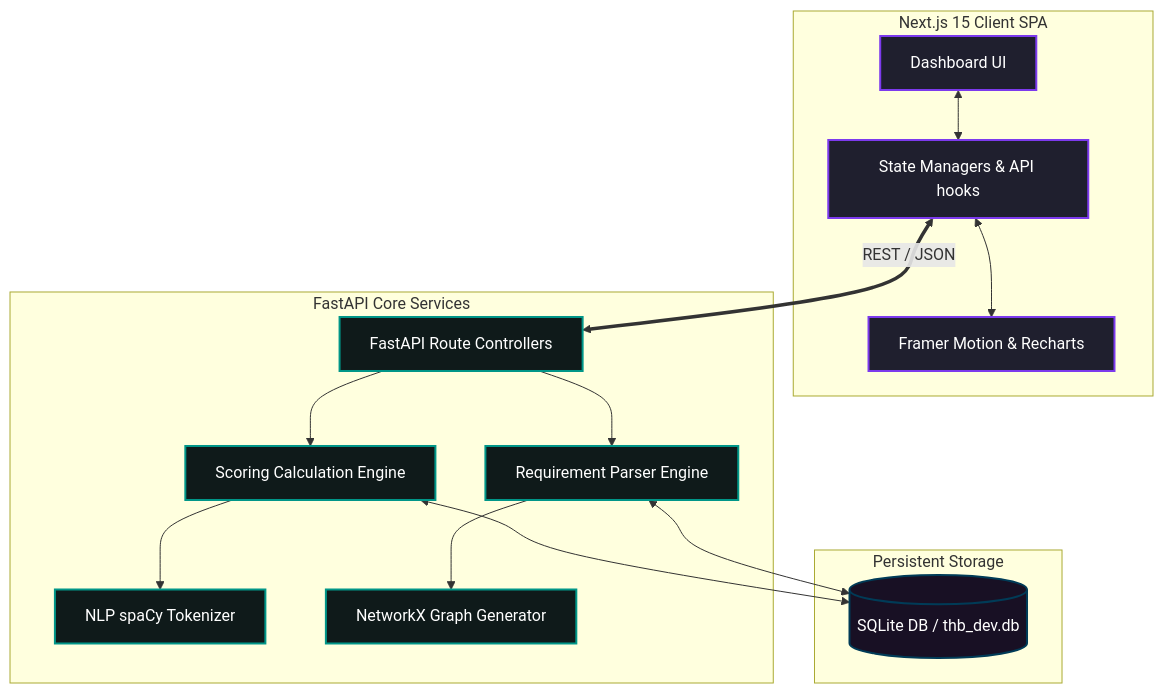
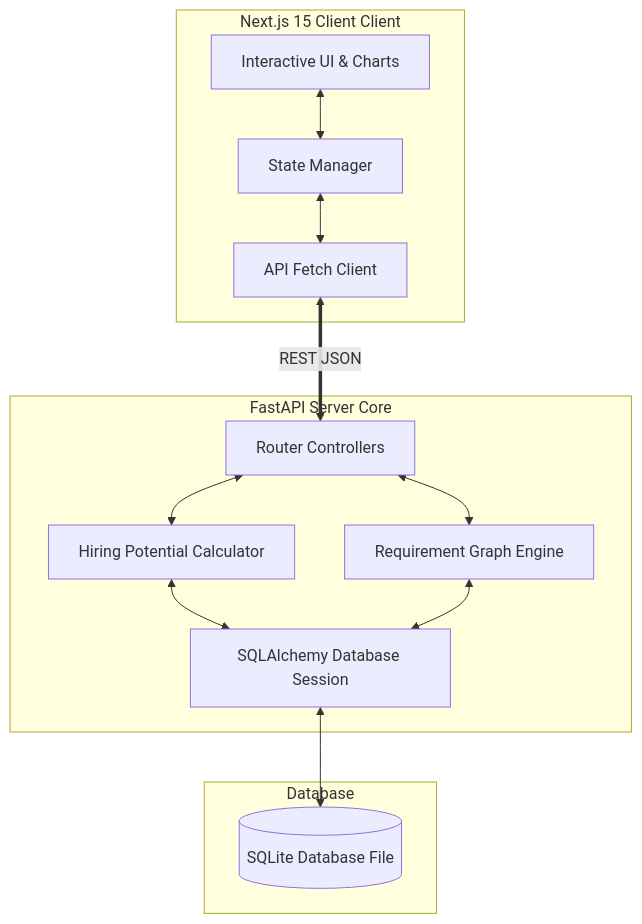
One commit to Gurleen12star/THB_TrustHireBrain changed the diagram in README.md. Above: the diagram before and after it, drawn with Mermaid. The commit also changed other lines of this file, not shown here.

Commit message:
docs: finalize startup-grade README.md with detailed problem, solution, architecture, and engineering decision matrices

````diff
--- a/README.md
+++ b/README.md
@@ -37,32 +110,28 @@
 ```mermaid
 graph TD
-    %% Frontend Layer
-    subgraph Frontend [Next.js 15 Client SPA]
-        A[Dashboard UI] <--> B[State Managers & API hooks]
-        B <--> C[Framer Motion & Recharts]
+    subgraph Frontend [Next.js 15 Client Client]
+        UI[Interactive UI & Charts]
+        State[State Manager]
+        Fetch[API Fetch Client]
     end
 
-    %% Network Boundary
-    B <== REST / JSON ==> D[FastAPI Route Controllers]
-
-    %% Backend Layer
-    subgraph Backend [FastAPI Core Services]
-        D --> E[Scoring Calculation Engine]
-        D --> F[Requirement Parser Engine]
-        E --> G[NLP spaCy Tokenizer]
-        F --> H[NetworkX Graph Generator]
+    subgraph Backend [FastAPI Server Core]
+        API[Router Controllers]
+        Scoring[Hiring Potential Calculator]
+        Graph[Requirement Graph Engine]
+        DB_Layer[SQLAlchemy Database Session]
     end
 
-    %% Storage Layer
-    subgraph Storage [Persistent Storage]
-        E <--> I[(SQLite DB / thb_dev.db)]
-        F <--> I
+    subgraph Storage [Database]
+        SQLite[(SQLite Database File)]
     end
 
-    classDef front fill:#1f1f2e,stroke:#7C3AED,stroke-width:2px,color:#fff;
-    classDef back fill:#0f1a1a,stroke:#009688,stroke-width:2px,color:#fff;
-    classDef store fill:#181024,stroke:#003B57,stroke-width:2px,color:#fff;
-    class A,B,C front;
-    class D,E,F,G,H back;
-    class I store;
+    UI <--> State
+    State <--> Fetch
+    Fetch <== REST JSON ==> API
+    API <--> Scoring
+    API <--> Graph
+    Scoring <--> DB_Layer
+    Graph <--> DB_Layer
+    DB_Layer <--> SQLite
 ```
````
